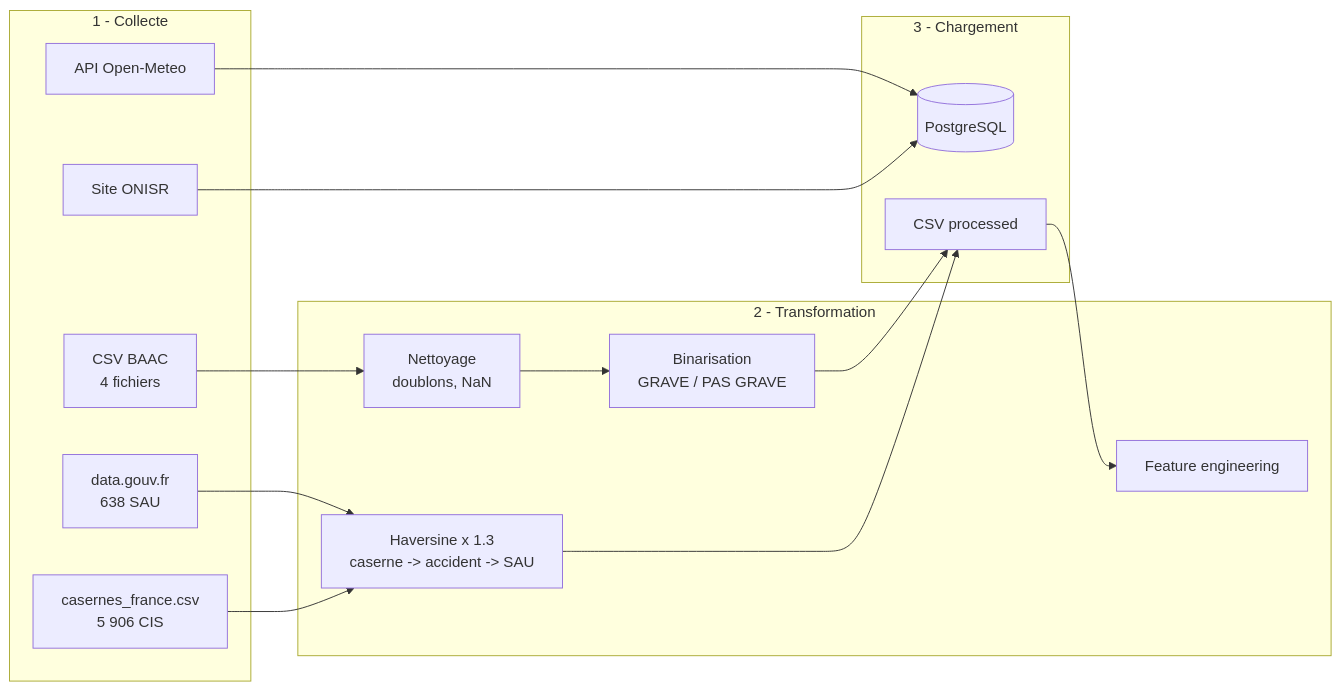
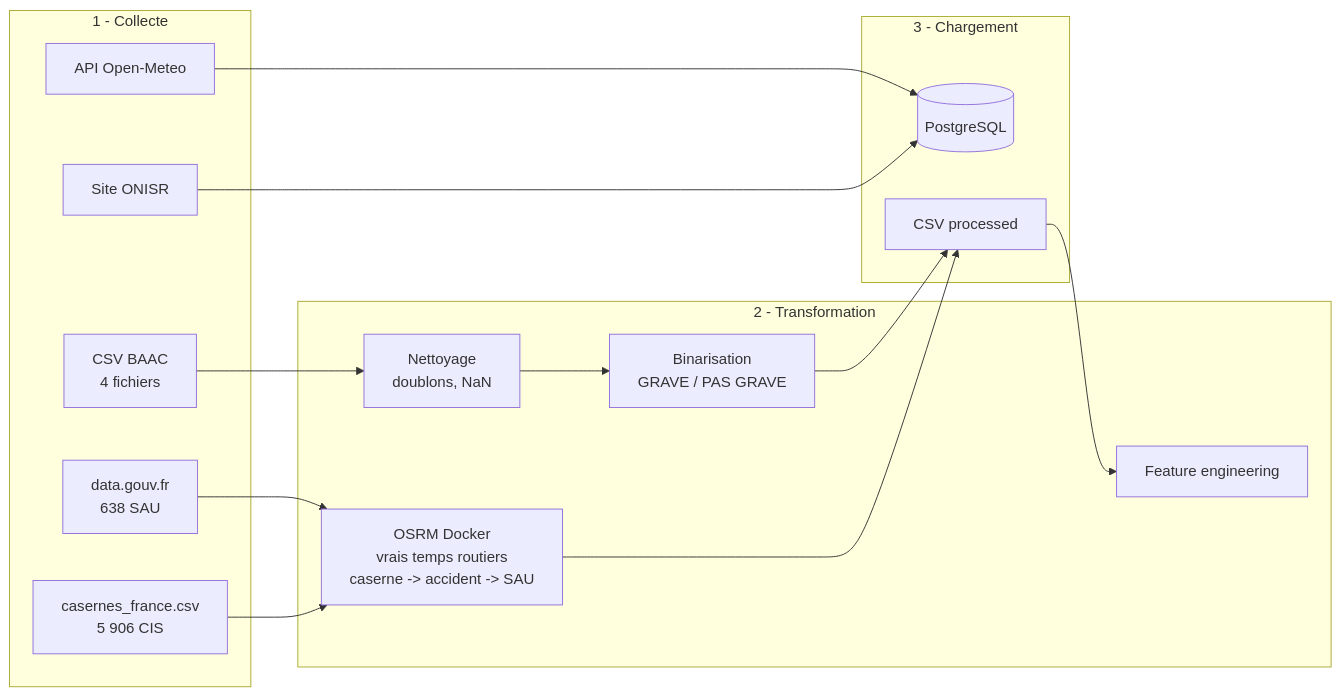
One commit to Meriem69/Routezone changed the second of 6 diagrams in README.md. Above: the diagram before and after it, drawn with Mermaid. The commit also changed other lines of this file, not shown here.

````diff
--- a/README.md
+++ b/README.md
@@ -82,28 +82,28 @@
 ```mermaid
 flowchart LR
     subgraph Collecte["1 - Collecte"]
         A1["CSV BAAC<br/>4 fichiers"]
         A2["API Open-Meteo"]
         A3["Site ONISR"]
         A4["data.gouv.fr<br/>638 SAU"]
         A5["casernes_france.csv<br/>5 906 CIS"]
     end
 
     subgraph Transform["2 - Transformation"]
         B1["Nettoyage<br/>doublons, NaN"]
         B2["Binarisation<br/>GRAVE / PAS GRAVE"]
         B3["Feature engineering"]
-        B4["Haversine x 1.3<br/>caserne -> accident -> SAU"]
+        B4["OSRM Docker<br/>vrais temps routiers<br/>caserne -> accident -> SAU"]
     end
 
     subgraph Load["3 - Chargement"]
         C1[("PostgreSQL")]
         C2["CSV processed"]
     end
 
     A1 --> B1 --> B2 --> C2
     A2 --> C1
     A3 --> C1
     A4 & A5 --> B4 --> C2
     C2 --> B3
 ```
````
